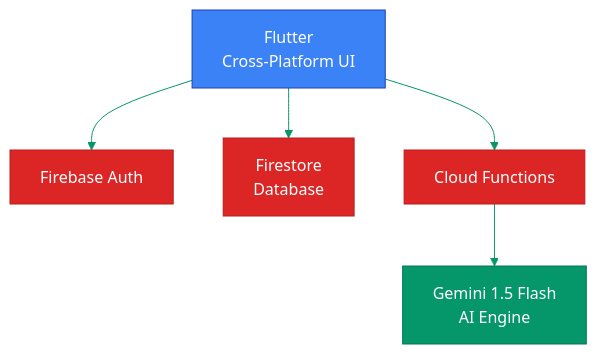
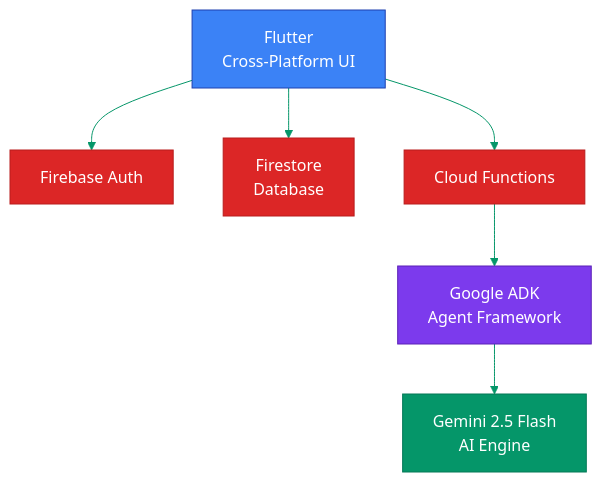
One commit to szeyu/open-ssyok-finance changed the second of 2 diagrams in slidev-pitch-deck/slides.md. Above: the diagram before and after it, drawn with Mermaid. The commit also changed other lines of this file, not shown here.

Commit message:
add google adk in slide

````diff
--- a/slidev-pitch-deck/slides.md
+++ b/slidev-pitch-deck/slides.md
@@ -250,14 +250,16 @@
 ```mermaid
 %%{init: {'theme':'base', 'themeVariables': {'primaryColor':'#065f46','primaryTextColor':'#000','primaryBorderColor':'#047857','lineColor':'#059669','secondaryColor':'#1e40af','secondaryTextColor':'#000','secondaryBorderColor':'#2563eb','tertiaryColor':'#dc2626','tertiaryTextColor':'#fff','tertiaryBorderColor':'#b91c1c'}}}%%
 flowchart TB
     A[Flutter<br/>Cross-Platform UI] --> B[Firebase Auth]
     A --> C[Firestore<br/>Database]
     A --> D[Cloud Functions]
-    D --> E[Gemini 1.5 Flash<br/>AI Engine]
+    D --> ADK[Google ADK<br/>Agent Framework]
+    ADK --> E[Gemini 2.5 Flash<br/>AI Engine]
     
     style A fill:#3b82f6,stroke:#1e40af,color:#fff
     style B fill:#dc2626,stroke:#b91c1c,color:#fff
     style C fill:#dc2626,stroke:#b91c1c,color:#fff
     style D fill:#dc2626,stroke:#b91c1c,color:#fff
+    style ADK fill:#7c3aed,stroke:#5b21b6,color:#fff
     style E fill:#059669,stroke:#047857,color:#fff
 ```
````
